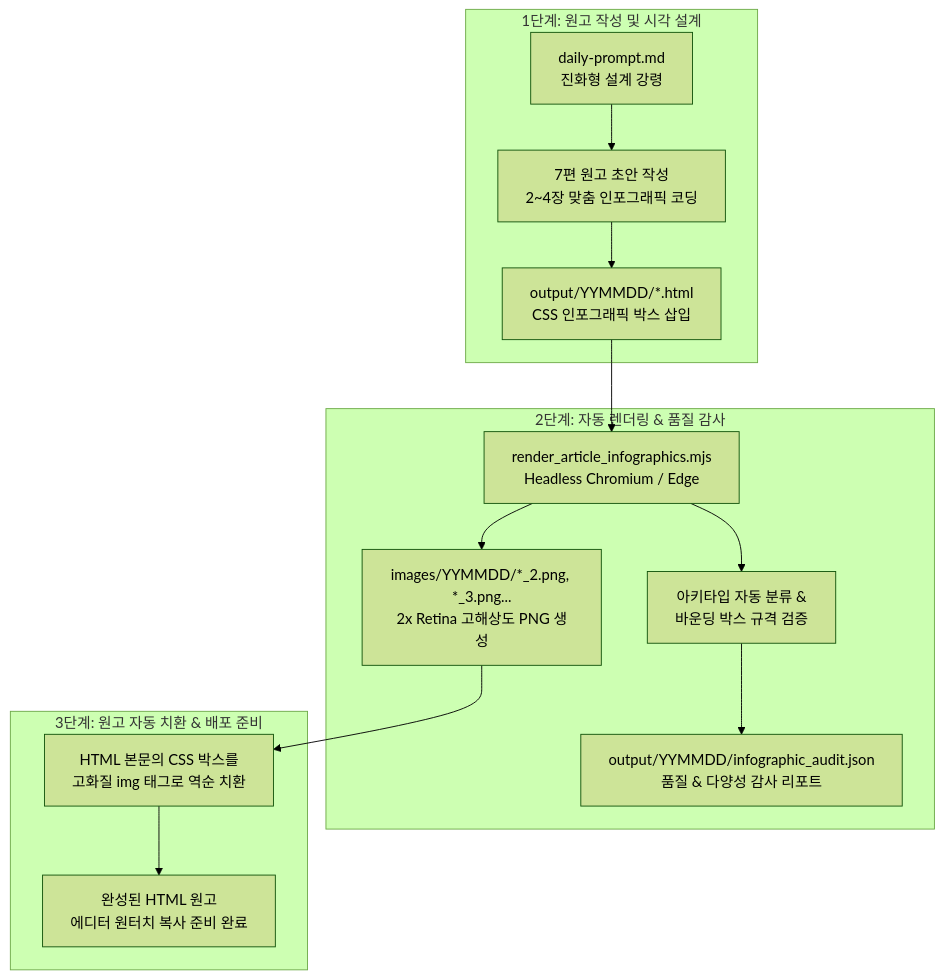
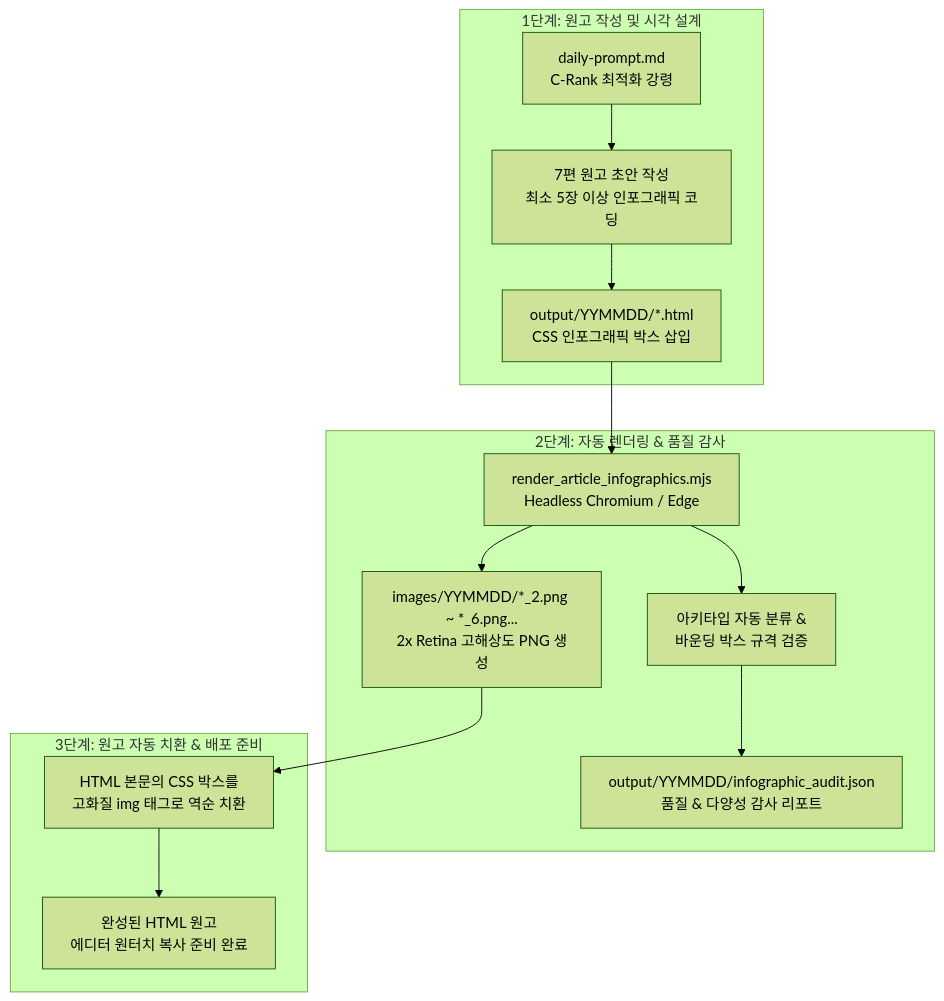
The diagram in 인포그래픽_디자인_시스템.md (deok22-cmd/naverblog), drawn with Mermaid (forest theme) before and after one commit. The commit also changed other lines of this file and 28 other files, not shown here.

````diff
--- a/인포그래픽_디자인_시스템.md
+++ b/인포그래픽_디자인_시스템.md
@@ -13,19 +13,19 @@
 ```mermaid
 flowchart TD
     subgraph Step1 ["1단계: 원고 작성 및 시각 설계"]
-        Prompt[daily-prompt.md<br/>진화형 설계 강령] --> LLM[7편 원고 초안 작성<br/>2~4장 맞춤 인포그래픽 코딩]
+        Prompt[daily-prompt.md<br/>C-Rank 최적화 강령] --> LLM[7편 원고 초안 작성<br/>최소 5장 이상 인포그래픽 코딩]
         LLM --> HTML[output/YYMMDD/*.html<br/>CSS 인포그래픽 박스 삽입]
     end
 
     subgraph Step2 ["2단계: 자동 렌더링 & 품질 감사"]
         HTML --> Renderer[render_article_infographics.mjs<br/>Headless Chromium / Edge]
         Renderer --> Detect[아키타입 자동 분류 &<br/>바운딩 박스 규격 검증]
-        Renderer --> RetinaPNG[images/YYMMDD/*_2.png, *_3.png...<br/>2x Retina 고해상도 PNG 생성]
+        Renderer --> RetinaPNG[images/YYMMDD/*_2.png ~ *_6.png...<br/>2x Retina 고해상도 PNG 생성]
         Detect --> AuditReport[output/YYMMDD/infographic_audit.json<br/>품질 & 다양성 감사 리포트]
     end
 
     subgraph Step3 ["3단계: 원고 자동 치환 & 배포 준비"]
         RetinaPNG --> Replace[HTML 본문의 CSS 박스를<br/>고화질 img 태그로 역순 치환]
         Replace --> FinalHTML[완성된 HTML 원고<br/>에디터 원터치 복사 준비 완료]
     end
 ```
````
